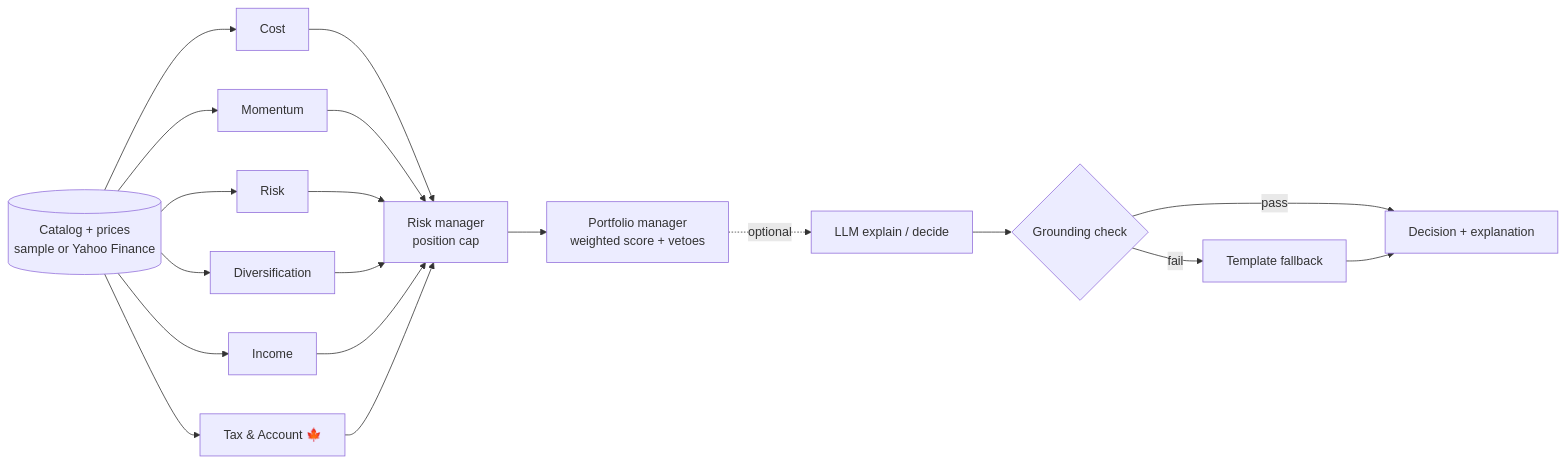
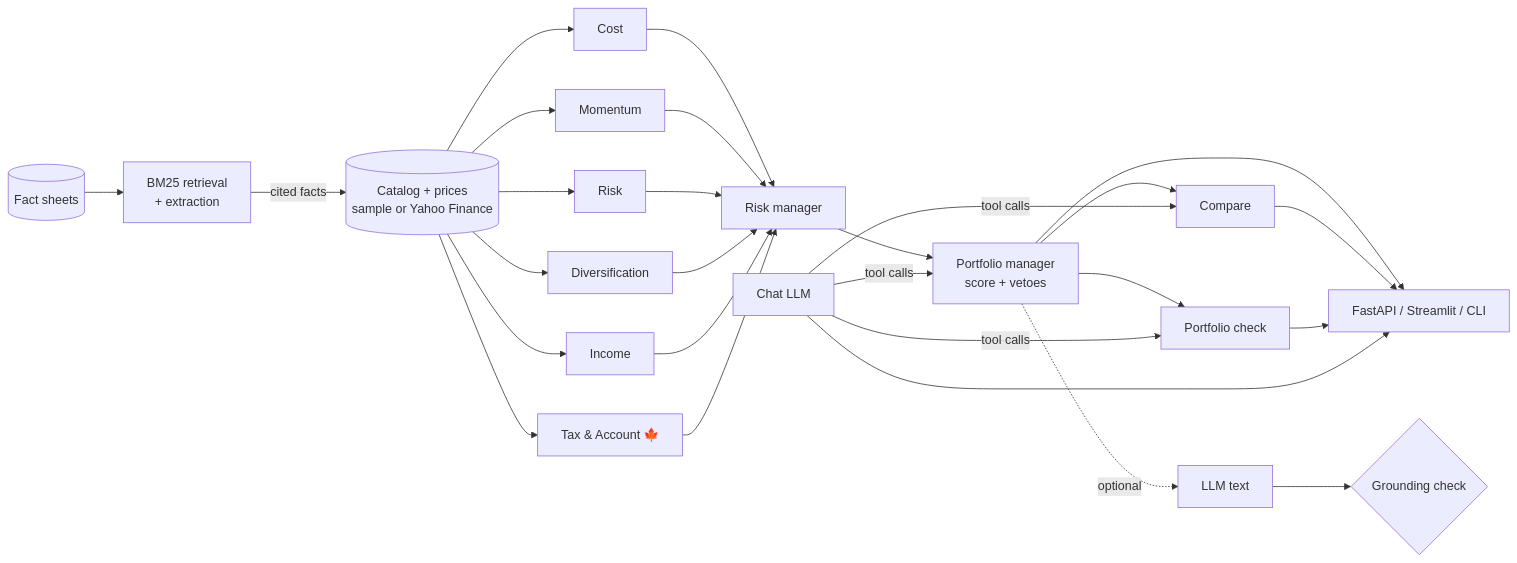
Before and after one commit to shivani-swe-ll/maple-etf-agents: the diagram in README.md, drawn with Mermaid. The commit also changed other lines of this file and 47 other files, not shown here.

Commit message:
v0.2: compare, portfolio, chat, RAG, judge, API and Docker

````diff
--- a/README.md
+++ b/README.md
@@ -53,15 +56,18 @@
 ```mermaid
 flowchart LR
     D[(Catalog + prices<br/>sample or Yahoo Finance)] --> A1[Cost]
     D --> A2[Momentum]
     D --> A3[Risk]
     D --> A4[Diversification]
     D --> A5[Income]
     D --> A6[Tax & Account 🍁]
-    A1 & A2 & A3 & A4 & A5 & A6 --> RM[Risk manager<br/>position cap]
-    RM --> PM[Portfolio manager<br/>weighted score + vetoes]
-    PM -. optional .-> LLM[LLM explain / decide]
+    A1 & A2 & A3 & A4 & A5 & A6 --> RM[Risk manager]
+    RM --> PM[Portfolio manager<br/>score + vetoes]
+    PM --> CMP[Compare]
+    PM --> PF[Portfolio check]
+    PM -. optional .-> LLM[LLM text]
     LLM --> G{Grounding check}
-    G -- pass --> OUT[Decision + explanation]
-    G -- fail --> T[Template fallback] --> OUT
+    CHAT[Chat LLM] -- tool calls --> PM & CMP & PF
+    PDF[(Fact sheets)] --> RAG[BM25 retrieval<br/>+ extraction] -- cited facts --> D
+    PM & CMP & PF & CHAT --> API[FastAPI / Streamlit / CLI]
 ```
````
